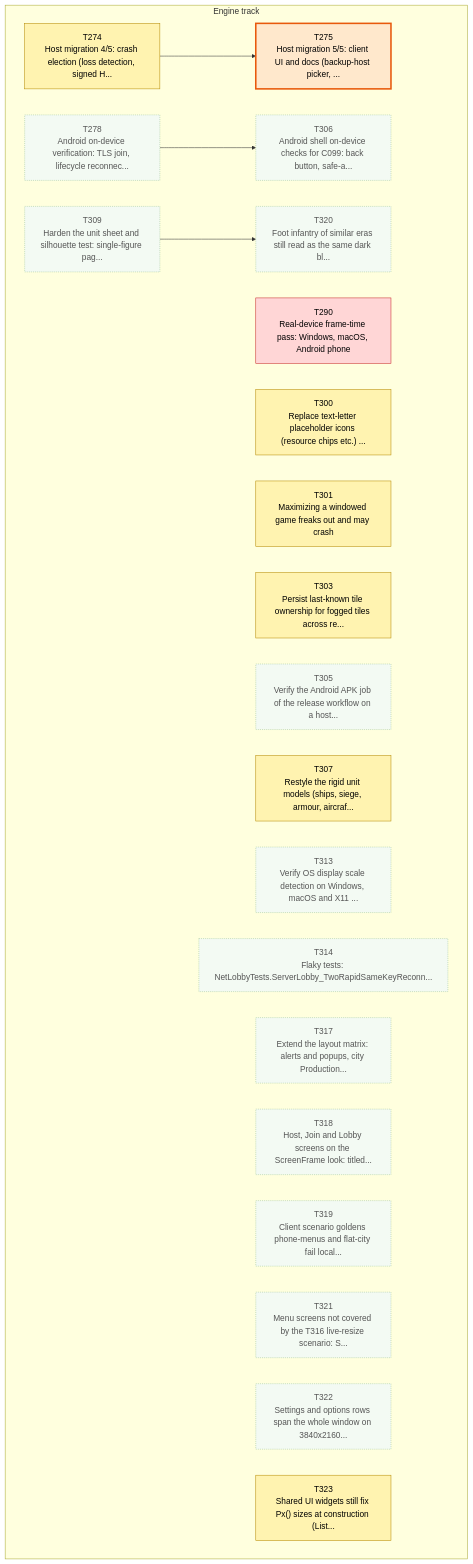
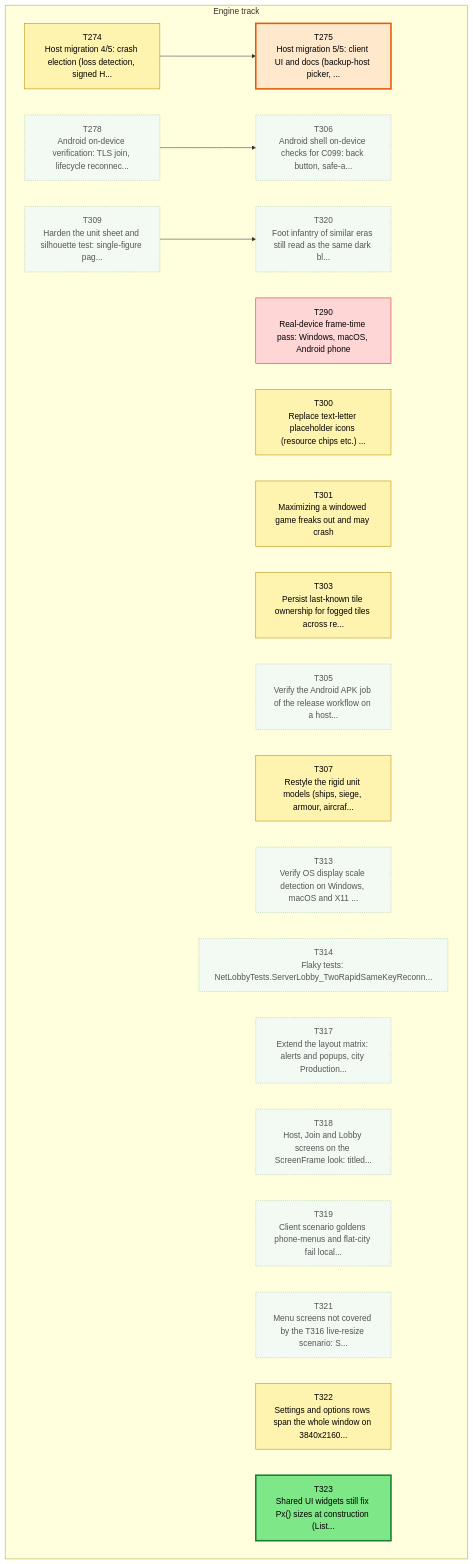
One commit to Kenmura/Unciv changed the first of 3 diagrams in csharp/migration/DEPENDENCY_MAP.md. Above: the diagram before and after it, drawn with Mermaid. The commit also changed other lines of this file and 1 other file, not shown here.

````diff
--- a/csharp/migration/DEPENDENCY_MAP.md
+++ b/csharp/migration/DEPENDENCY_MAP.md
@@ -35,55 +35,55 @@
 ```mermaid
 flowchart TD
   subgraph TTRACK["Engine track"]
     T274["T274<br/>Host migration 4/5: crash election (loss detection, signed H..."]
     T275["T275<br/>Host migration 5/5: client UI and docs (backup-host picker, ..."]
     T278["T278<br/>Android on-device verification: TLS join, lifecycle reconnec..."]
     T290["T290<br/>Real-device frame-time pass: Windows, macOS, Android phone"]
     T300["T300<br/>Replace text-letter placeholder icons (resource chips etc.) ..."]
     T301["T301<br/>Maximizing a windowed game freaks out and may crash"]
     T303["T303<br/>Persist last-known tile ownership for fogged tiles across re..."]
     T305["T305<br/>Verify the Android APK job of the release workflow on a host..."]
     T306["T306<br/>Android shell on-device checks for C099: back button, safe-a..."]
     T307["T307<br/>Restyle the rigid unit models (ships, siege, armour, aircraf..."]
     T309["T309<br/>Harden the unit sheet and silhouette test: single-figure pag..."]
     T313["T313<br/>Verify OS display scale detection on Windows, macOS and X11 ..."]
     T314["T314<br/>Flaky tests: NetLobbyTests.ServerLobby_TwoRapidSameKeyReconn..."]
     T317["T317<br/>Extend the layout matrix: alerts and popups, city Production..."]
     T318["T318<br/>Host, Join and Lobby screens on the ScreenFrame look: titled..."]
     T319["T319<br/>Client scenario goldens phone-menus and flat-city fail local..."]
     T320["T320<br/>Foot infantry of similar eras still read as the same dark bl..."]
     T321["T321<br/>Menu screens not covered by the T316 live-resize scenario: S..."]
     T322["T322<br/>Settings and options rows span the whole window on 3840x2160..."]
     T323["T323<br/>Shared UI widgets still fix Px() sizes at construction (List..."]
   end
   T274 --> T275
   T278 --> T306
   T309 --> T320
   classDef waiting fill:#f3faf3,stroke:#9bc49b,color:#555,stroke-dasharray:2 2
   classDef ondeck fill:#ffe8cc,stroke:#e8590c,stroke-width:3px,color:#000
   classDef ready fill:#7ee787,stroke:#1a7f37,stroke-width:3px,color:#000
   classDef prog fill:#fff3b0,stroke:#b58900,color:#000
   classDef review fill:#cfe4ff,stroke:#1f6feb,color:#000
   classDef blocked fill:#ffd6d6,stroke:#c62828,color:#000
   classDef done fill:#eeeeee,stroke:#999999,color:#666,stroke-dasharray:4 3
   class T274 prog
   class T275 ondeck
   class T278 waiting
   class T290 blocked
   class T300 prog
   class T301 prog
   class T303 prog
   class T305 waiting
   class T306 waiting
   class T307 prog
   class T309 waiting
   class T313 waiting
   class T314 waiting
   class T317 waiting
   class T318 waiting
   class T319 waiting
   class T320 waiting
   class T321 waiting
-  class T322 waiting
-  class T323 prog
+  class T322 prog
+  class T323 ready
 ```
````
